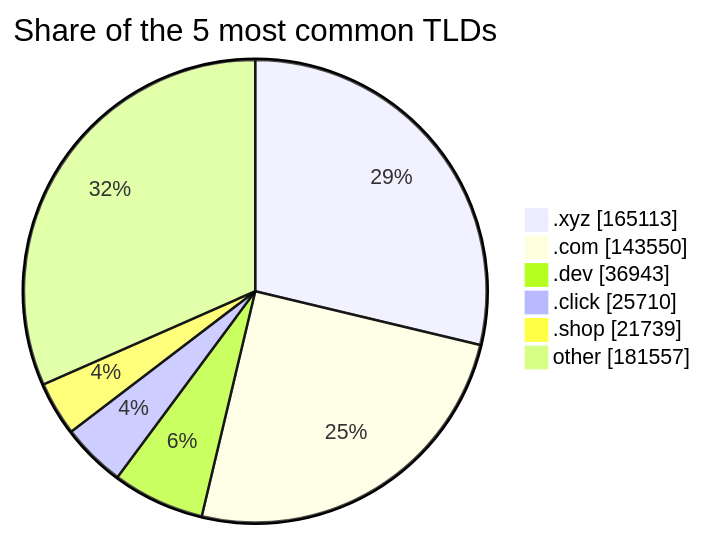
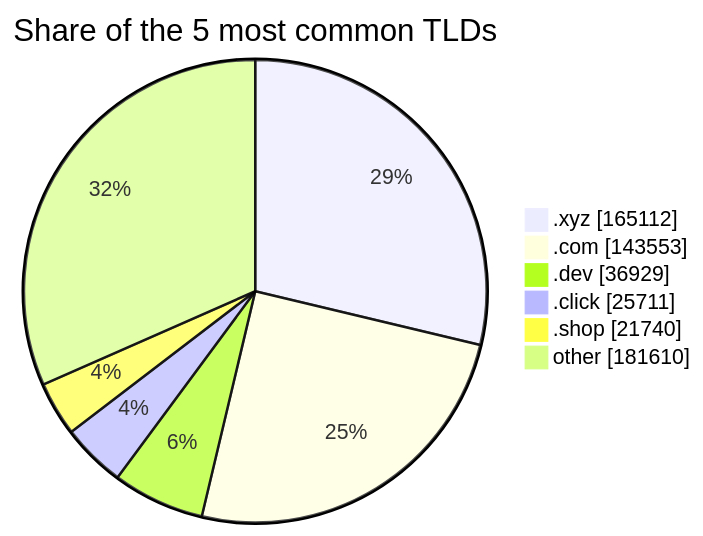
The third of 3 diagrams in README.md (DNSBunker/CTI), drawn with Mermaid before and after one commit. The commit also changed other lines of this file and 3 other files, not shown here.

````diff
--- a/README.md
+++ b/README.md
@@ -81,9 +81,9 @@
 ```mermaid
 pie showData title Share of the 5 most common TLDs
-    ".xyz" : 165113
-    ".com" : 143550
-    ".dev" : 36943
-    ".click" : 25710
-    ".shop" : 21739
-    "other" : 181557
+    ".xyz" : 165112
+    ".com" : 143553
+    ".dev" : 36929
+    ".click" : 25711
+    ".shop" : 21740
+    "other" : 181610
 ```
````
